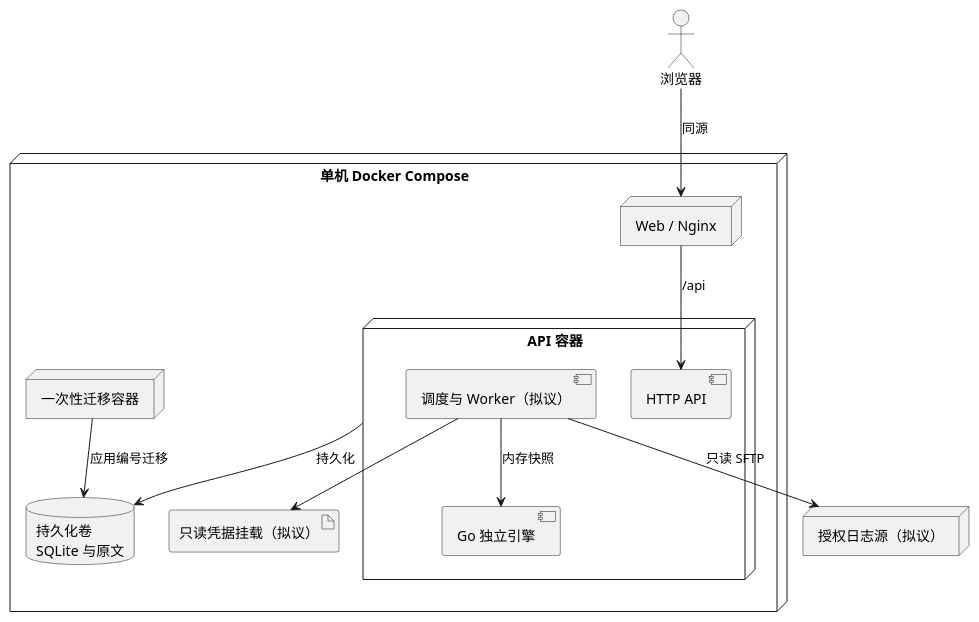
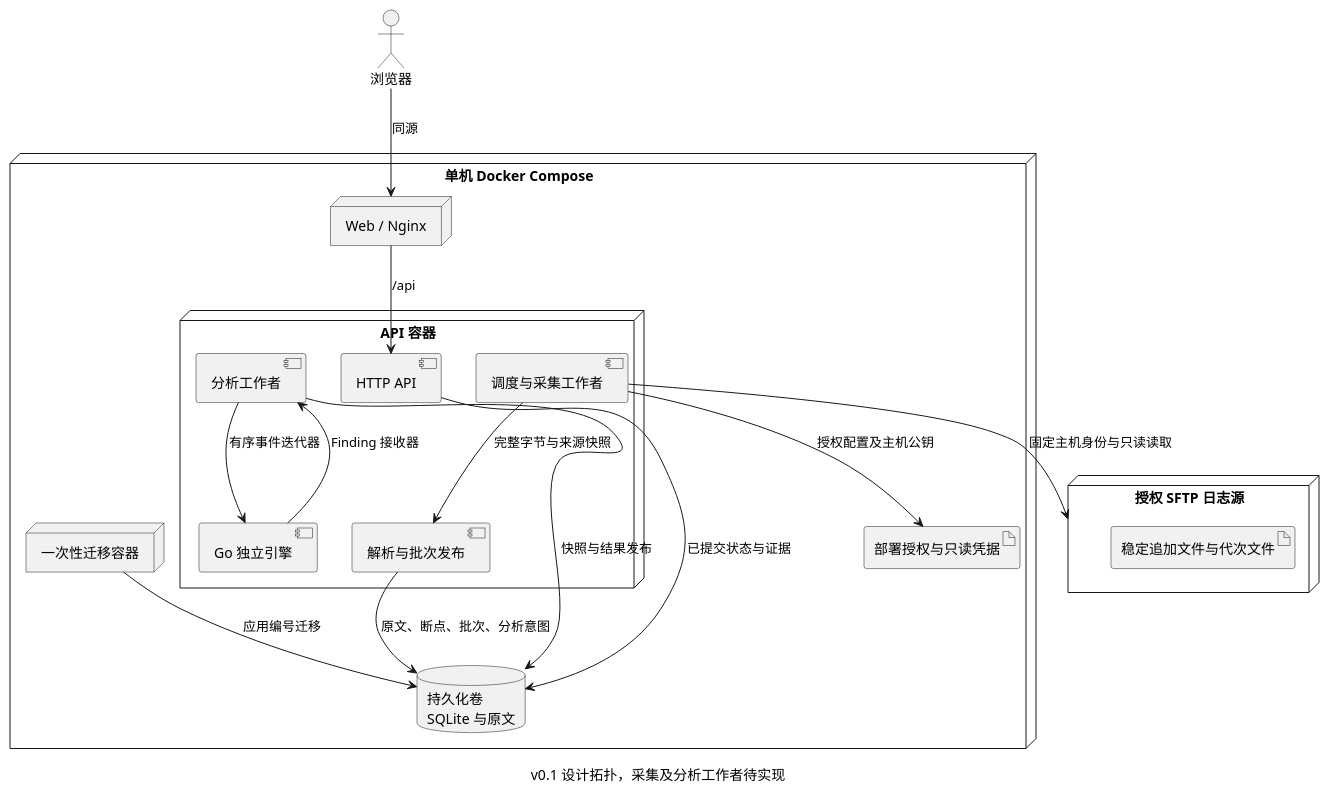
One commit to Double-Cloth/NetSentinel changed the diagram in models/deployment-v01.puml. Above: the diagram before and after it, drawn with PlantUML. The commit also changed 10 other files, not shown here.

```diff
--- a/models/deployment-v01.puml
+++ b/models/deployment-v01.puml
@@ -1,23 +1,32 @@
 @startuml
 skinparam defaultFontName Microsoft YaHei
 actor 浏览器
 node "单机 Docker Compose" {
   node "Web / Nginx" as Web
   node "API 容器" as API {
     component "HTTP API" as HTTP
-    component "调度与 Worker（拟议）" as Worker
+    component "调度与采集工作者" as Collector
+    component "解析与批次发布" as Publisher
+    component "分析工作者" as Worker
     component "Go 独立引擎" as Engine
-    Worker --> Engine : 内存快照
+    Collector --> Publisher : 完整字节与来源快照
+    Worker --> Engine : 有序事件迭代器
+    Engine --> Worker : Finding 接收器
   }
   node "一次性迁移容器" as Migrate
   database "持久化卷\nSQLite 与原文" as Data
-  artifact "只读凭据挂载（拟议）" as Secrets
+  artifact "部署授权与只读凭据" as Secrets
 }
-node "授权日志源（拟议）" as Source
+node "授权 SFTP 日志源" as Source {
+  artifact "稳定追加文件与代次文件"
+}
 浏览器 --> Web : 同源
 Web --> HTTP : /api
 Migrate --> Data : 应用编号迁移
-API --> Data : 持久化
-Worker --> Secrets
-Worker --> Source : 只读 SFTP
+HTTP --> Data : 已提交状态与证据
+Collector --> Secrets : 授权配置及主机公钥
+Collector --> Source : 固定主机身份与只读读取
+Publisher --> Data : 原文、断点、批次、分析意图
+Worker --> Data : 快照与结果发布
+caption v0.1 设计拓扑，采集及分析工作者待实现
 @enduml
```
